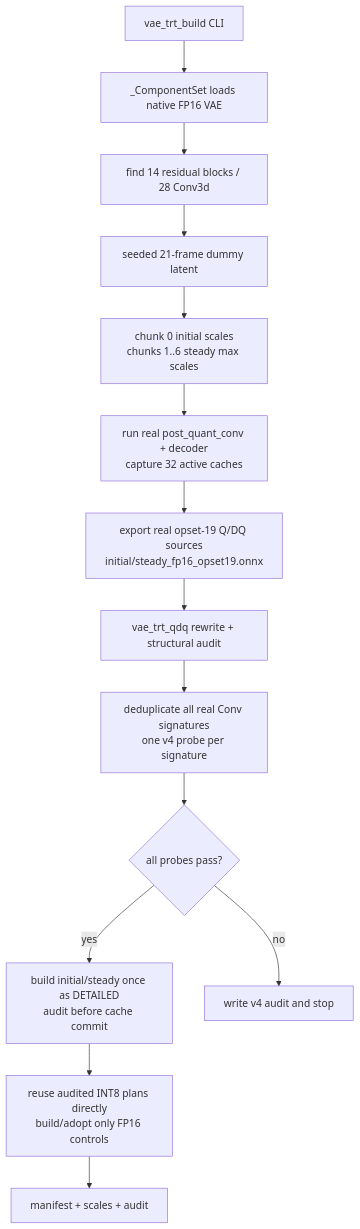
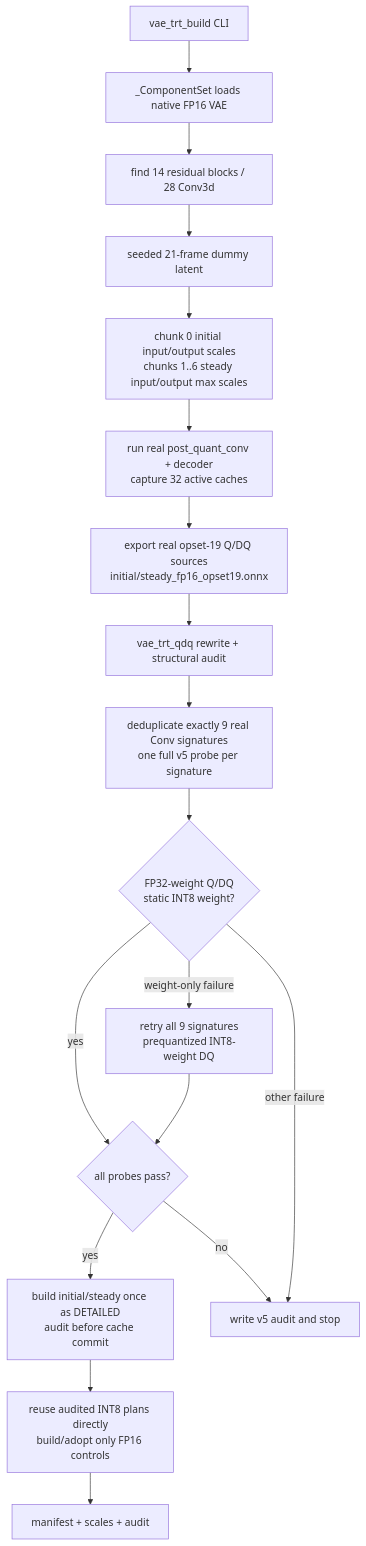
Diagram 11 of 13 in python/sglang/multimodal_gen/experimental/jetson_sfwan/CODE_GUIDE.md (FredHuang99/sglang), drawn with Mermaid before and after one commit. The commit also changed other lines of this file and 5 other files, not shown here.

````diff
--- a/python/sglang/multimodal_gen/experimental/jetson_sfwan/CODE_GUIDE.md
+++ b/python/sglang/multimodal_gen/experimental/jetson_sfwan/CODE_GUIDE.md
@@ -1029,21 +1029,26 @@
 ```mermaid
 flowchart TD
     CLI["vae_trt_build CLI"]
     Load["_ComponentSet loads native FP16 VAE"]
     Targets["find 14 residual blocks / 28 Conv3d"]
     Dummy["seeded 21-frame dummy latent"]
-    Scales["chunk 0 initial scales<br/>chunks 1..6 steady max scales"]
+    Scales["chunk 0 initial input/output scales<br/>chunks 1..6 steady input/output max scales"]
     Trace["run real post_quant_conv + decoder<br/>capture 32 active caches"]
     Export["export real opset-19 Q/DQ sources<br/>initial/steady_fp16_opset19.onnx"]
     QDQ["vae_trt_qdq rewrite + structural audit"]
-    Probe["deduplicate all real Conv signatures<br/>one v4 probe per signature"]
+    Probe["deduplicate exactly 9 real Conv signatures<br/>one full v5 probe per signature"]
+    WeightGate{"FP32-weight Q/DQ<br/>static INT8 weight?"}
+    Retry["retry all 9 signatures<br/>prequantized INT8-weight DQ"]
     Gate{"all probes pass?"}
     Detailed["build initial/steady once as DETAILED<br/>audit before cache commit"]
     Build["reuse audited INT8 plans directly<br/>build/adopt only FP16 controls"]
     Manifest["manifest + scales + audit"]
 
     CLI --> Load --> Targets --> Dummy --> Scales --> Trace --> Export
-    Export --> QDQ --> Probe --> Gate
+    Export --> QDQ --> Probe --> WeightGate
+    WeightGate -->|yes| Gate
+    WeightGate -->|weight-only failure| Retry --> Gate
+    WeightGate -->|other failure| Stop
     Gate -->|yes| Detailed --> Build --> Manifest
-    Gate -->|no| Stop["write v4 audit and stop"]
+    Gate -->|no| Stop["write v5 audit and stop"]
 ```
````
